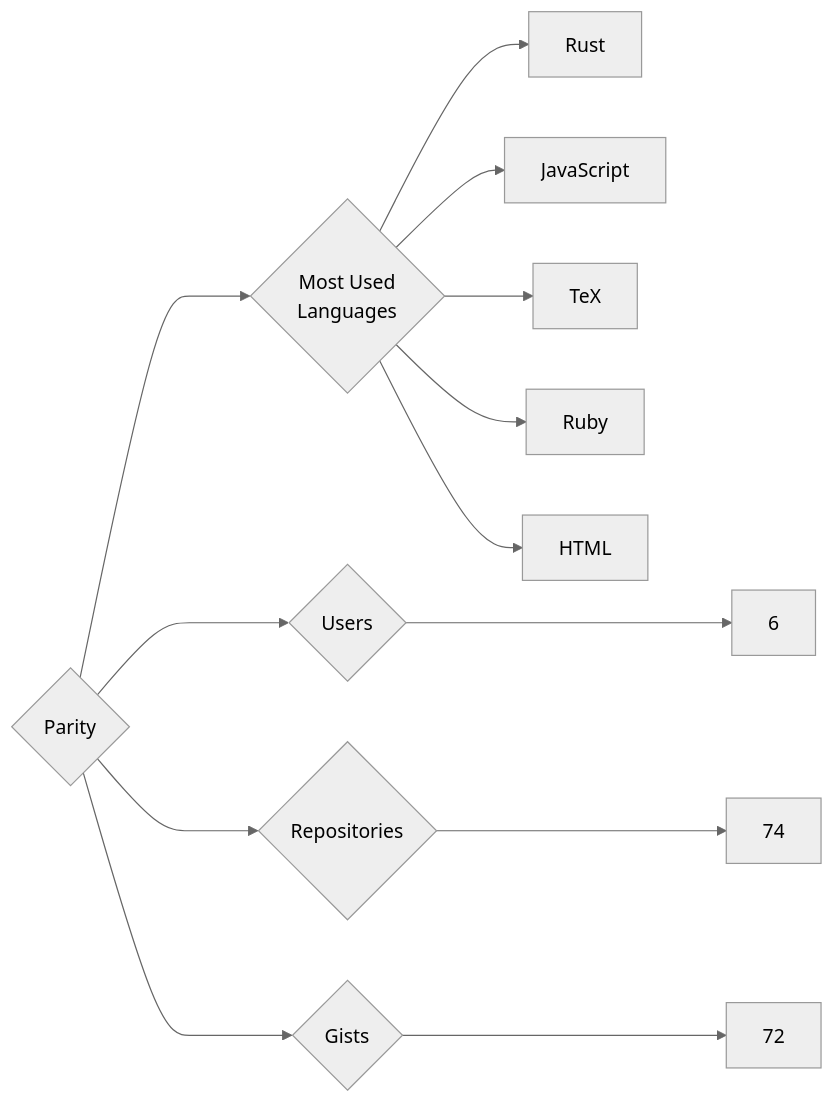
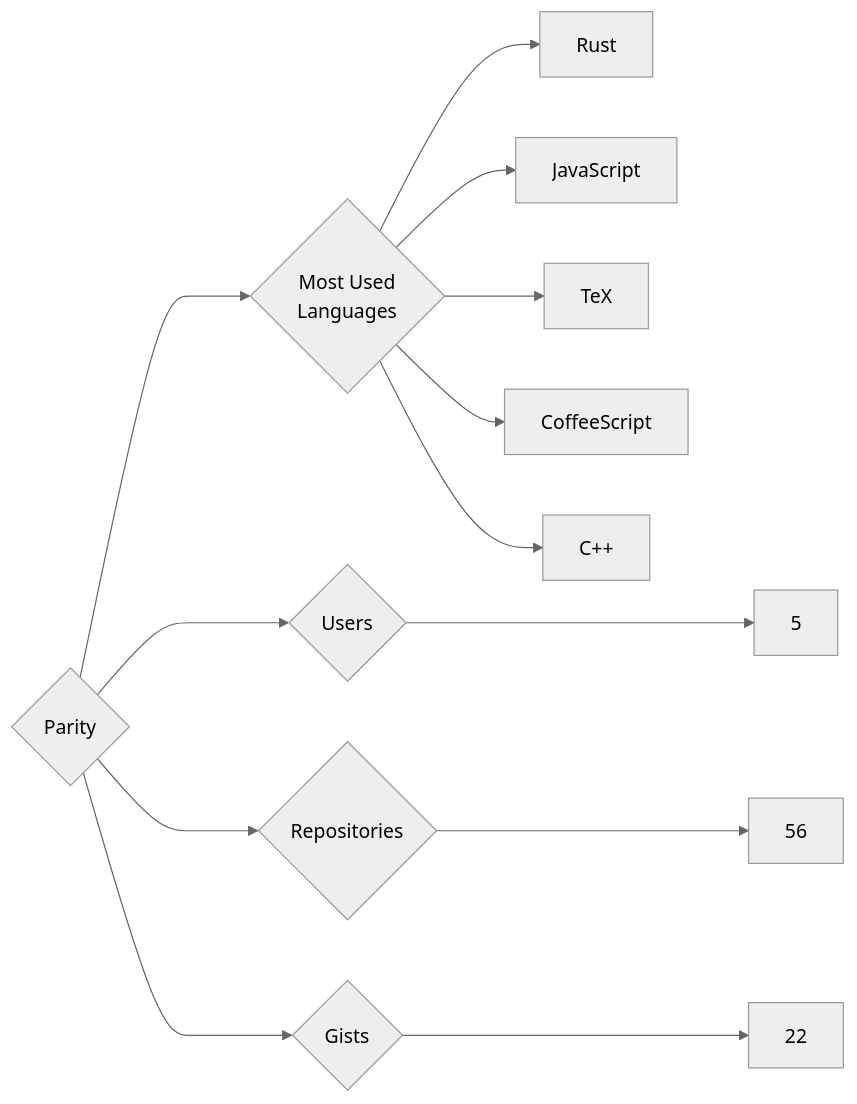
The diagram in targets/Parity/README.md (trickest/insiders), drawn with Mermaid (neutral theme) before and after one commit. The commit also changed 886 other files, not shown here.

````diff
--- a/targets/Parity/README.md
+++ b/targets/Parity/README.md
@@ -3,13 +3,13 @@
 ```mermaid
 graph LR
 COMPANY_NAME{Parity}
-COMPANY_NAME ---> U{Users} ---> UN[6]
-COMPANY_NAME ---> R{Repositories} ---> RN[74]
-COMPANY_NAME ---> G{Gists} ---> GN[72]
+COMPANY_NAME ---> U{Users} ---> UN[5]
+COMPANY_NAME ---> R{Repositories} ---> RN[56]
+COMPANY_NAME ---> G{Gists} ---> GN[22]
 COMPANY_NAME ---> ML{Most Used<br>Languages}
 ML --> Rust[Rust]
 ML --> JavaScript[JavaScript]
 ML --> TeX[TeX]
-ML --> Ruby[Ruby]
-ML --> HTML[HTML]
+ML --> CoffeeScript[CoffeeScript]
+ML --> C++[C++]
 ```
````
